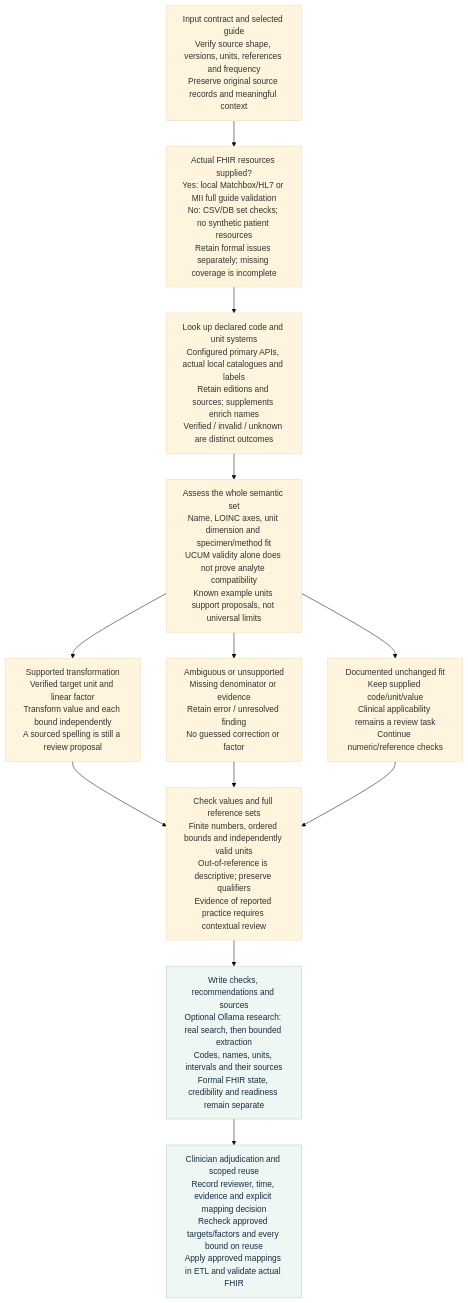
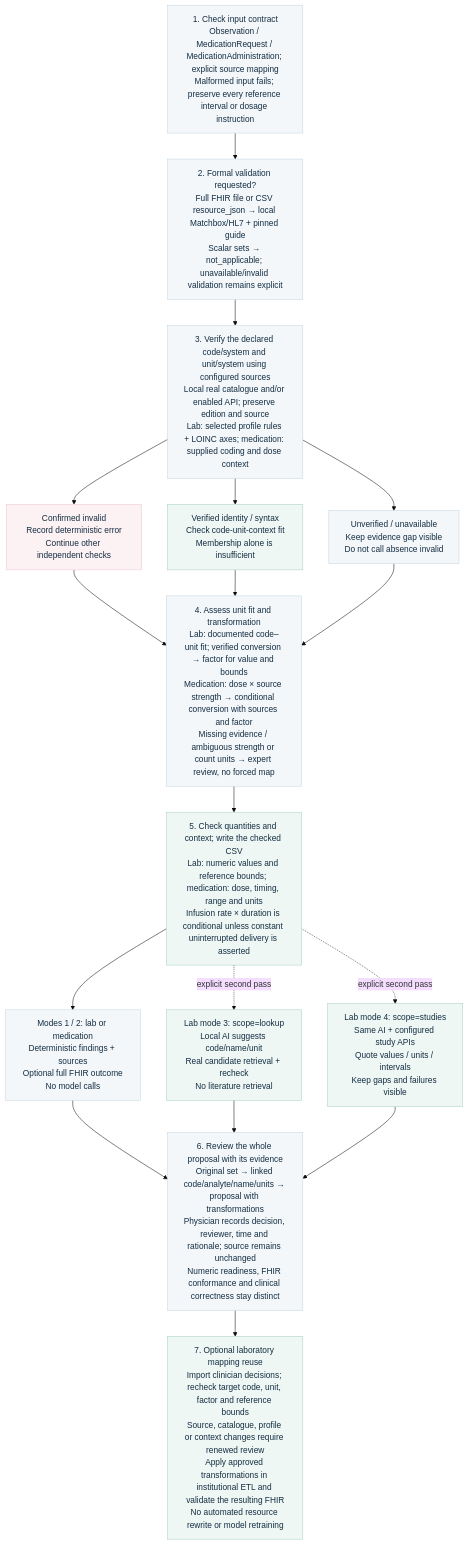
One commit to neumdan/semantic-plausibility changed the diagram in docs/decision-flow.mmd. Above: the diagram before and after it, drawn with Mermaid (base theme). The commit also changed 57 other files, not shown here.

```diff
--- a/docs/decision-flow.mmd
+++ b/docs/decision-flow.mmd
@@ -1,26 +1,37 @@
 %% Same node/edge contract as decision-flow.svg.
 flowchart TD
-    INPUT["Input contract and selected guide<br/>Verify source shape, versions, units, references and frequency<br/>Preserve original source records and meaningful context"]
-    FHIR["Actual FHIR resources supplied?<br/>Yes: local Matchbox/HL7 or MII full guide validation<br/>No: CSV/DB set checks; no synthetic patient resources<br/>Retain formal issues separately; missing coverage is incomplete"]
-    LOOKUP["Look up declared code and unit systems<br/>Configured primary APIs, actual local catalogues and labels<br/>Retain editions and sources; supplements enrich names<br/>Verified / invalid / unknown are distinct outcomes"]
-    FIT["Assess the whole semantic set<br/>Name, LOINC axes, unit dimension and specimen/method fit<br/>UCUM validity alone does not prove analyte compatibility<br/>Known example units support proposals, not universal limits"]
-    CONVERT["Supported transformation<br/>Verified target unit and linear factor<br/>Transform value and each bound independently<br/>A sourced spelling is still a review proposal"]
-    UNKNOWN["Ambiguous or unsupported<br/>Missing denominator or evidence<br/>Retain error / unresolved finding<br/>No guessed correction or factor"]
-    UNCHANGED["Documented unchanged fit<br/>Keep supplied code/unit/value<br/>Clinical applicability remains a review task<br/>Continue numeric/reference checks"]
-    NUMERIC["Check values and full reference sets<br/>Finite numbers, ordered bounds and independently valid units<br/>Out-of-reference is descriptive; preserve qualifiers<br/>Evidence of reported practice requires contextual review"]
-    REPORT["Write checks, recommendations and sources<br/>Optional Ollama research: real search, then bounded extraction<br/>Codes, names, units, intervals and their sources<br/>Formal FHIR state, credibility and readiness remain separate"]
-    REVIEW["Clinician adjudication and scoped reuse<br/>Record reviewer, time, evidence and explicit mapping decision<br/>Recheck approved targets/factors and every bound on reuse<br/>Apply approved mappings in ETL and validate actual FHIR"]
-    INPUT --> FHIR
-    FHIR --> LOOKUP
-    LOOKUP --> FIT
-    FIT --> CONVERT
-    FIT --> UNKNOWN
-    FIT --> UNCHANGED
-    CONVERT --> NUMERIC
-    UNKNOWN --> NUMERIC
-    UNCHANGED --> NUMERIC
-    NUMERIC --> REPORT
-    REPORT --> REVIEW
-    classDef normal fill:#ffffff,stroke:#b7cec9,color:#142d42
-    classDef teal fill:#eef7f4,stroke:#b7cec9,color:#142d42
-    class REPORT,REVIEW teal
+    CONTRACT["1. Check input contract<br/>Observation / MedicationRequest / MedicationAdministration; explicit source mapping<br/>Malformed input fails; preserve every reference interval or dosage instruction"]
+    VALIDATION["2. Formal validation requested?<br/>Full FHIR file or CSV resource_json → local Matchbox/HL7 + pinned guide<br/>Scalar sets → not_applicable; unavailable/invalid validation remains explicit"]
+    LOOKUP["3. Verify the declared code/system and unit/system using configured sources<br/>Local real catalogue and/or enabled API; preserve edition and source<br/>Lab: selected profile rules + LOINC axes; medication: supplied coding and dose context"]
+    INVALID["Confirmed invalid<br/>Record deterministic error<br/>Continue other independent checks"]
+    VERIFIED["Verified identity / syntax<br/>Check code-unit-context fit<br/>Membership alone is insufficient"]
+    UNKNOWN["Unverified / unavailable<br/>Keep evidence gap visible<br/>Do not call absence invalid"]
+    FIT["4. Assess unit fit and transformation<br/>Lab: documented code–unit fit; verified conversion → factor for value and bounds<br/>Medication: dose × source strength → conditional conversion with sources and factor<br/>Missing evidence / ambiguous strength or count units → expert review, no forced map"]
+    NUMERIC["5. Check quantities and context; write the checked CSV<br/>Lab: numeric values and reference bounds; medication: dose, timing, range and units<br/>Infusion rate × duration is conditional unless constant uninterrupted delivery is asserted"]
+    NO_AI["Modes 1 / 2: lab or medication<br/>Deterministic findings + sources<br/>Optional full FHIR outcome<br/>No model calls"]
+    AI["Lab mode 3: scope=lookup<br/>Local AI suggests code/name/unit<br/>Real candidate retrieval + recheck<br/>No literature retrieval"]
+    EVIDENCE["Lab mode 4: scope=studies<br/>Same AI + configured study APIs<br/>Quote values / units / intervals<br/>Keep gaps and failures visible"]
+    REVIEW["6. Review the whole proposal with its evidence<br/>Original set → linked code/analyte/name/units → proposal with transformations<br/>Physician records decision, reviewer, time and rationale; source remains unchanged<br/>Numeric readiness, FHIR conformance and clinical correctness stay distinct"]
+    REUSE["7. Optional laboratory mapping reuse<br/>Import clinician decisions; recheck target code, unit, factor and reference bounds<br/>Source, catalogue, profile or context changes require renewed review<br/>Apply approved transformations in institutional ETL and validate the resulting FHIR<br/>No automated resource rewrite or model retraining"]
+    CONTRACT --> VALIDATION
+    VALIDATION --> LOOKUP
+    LOOKUP --> INVALID
+    LOOKUP --> VERIFIED
+    LOOKUP --> UNKNOWN
+    INVALID --> FIT
+    VERIFIED --> FIT
+    UNKNOWN --> FIT
+    FIT --> NUMERIC
+    NUMERIC --> NO_AI
+    NUMERIC -.-> |"explicit second pass"| AI
+    NUMERIC -.-> |"explicit second pass"| EVIDENCE
+    NO_AI --> REVIEW
+    AI --> REVIEW
+    EVIDENCE --> REVIEW
+    REVIEW --> REUSE
+    classDef normal fill:#f3f7fa,stroke:#c4d5df,color:#142d42
+    class CONTRACT,VALIDATION,LOOKUP,UNKNOWN,FIT,NO_AI,REVIEW normal
+    classDef teal fill:#eef7f4,stroke:#a8cfc6,color:#142d42
+    class VERIFIED,NUMERIC,AI,EVIDENCE,REUSE teal
+    classDef error fill:#fcf1f3,stroke:#ecc7cf,color:#142d42
+    class INVALID error
```
